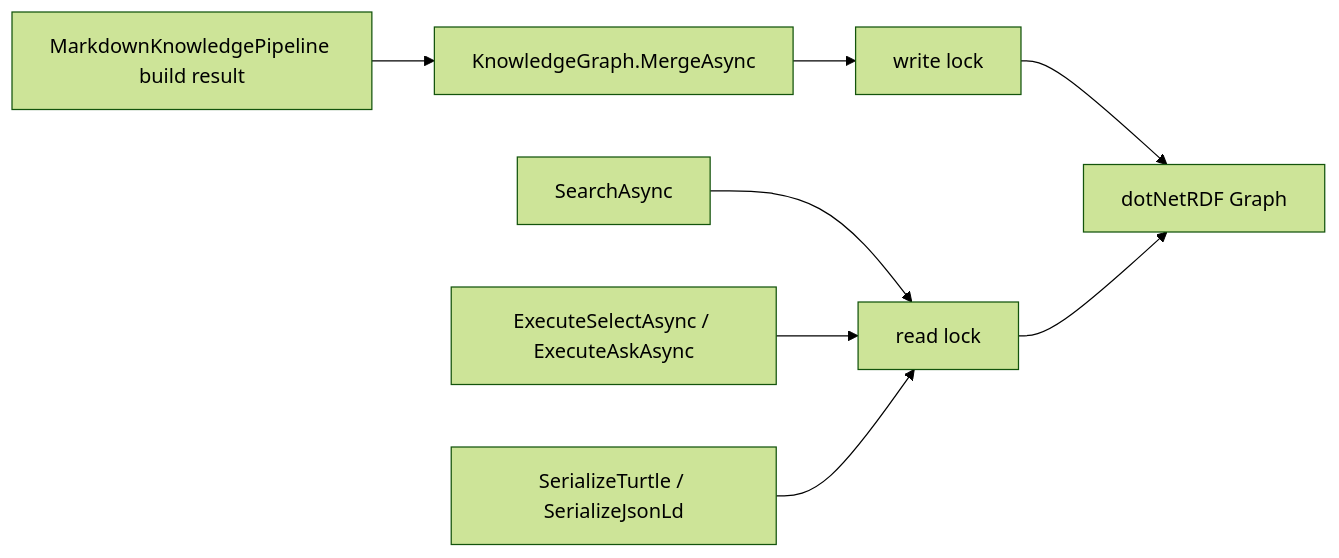
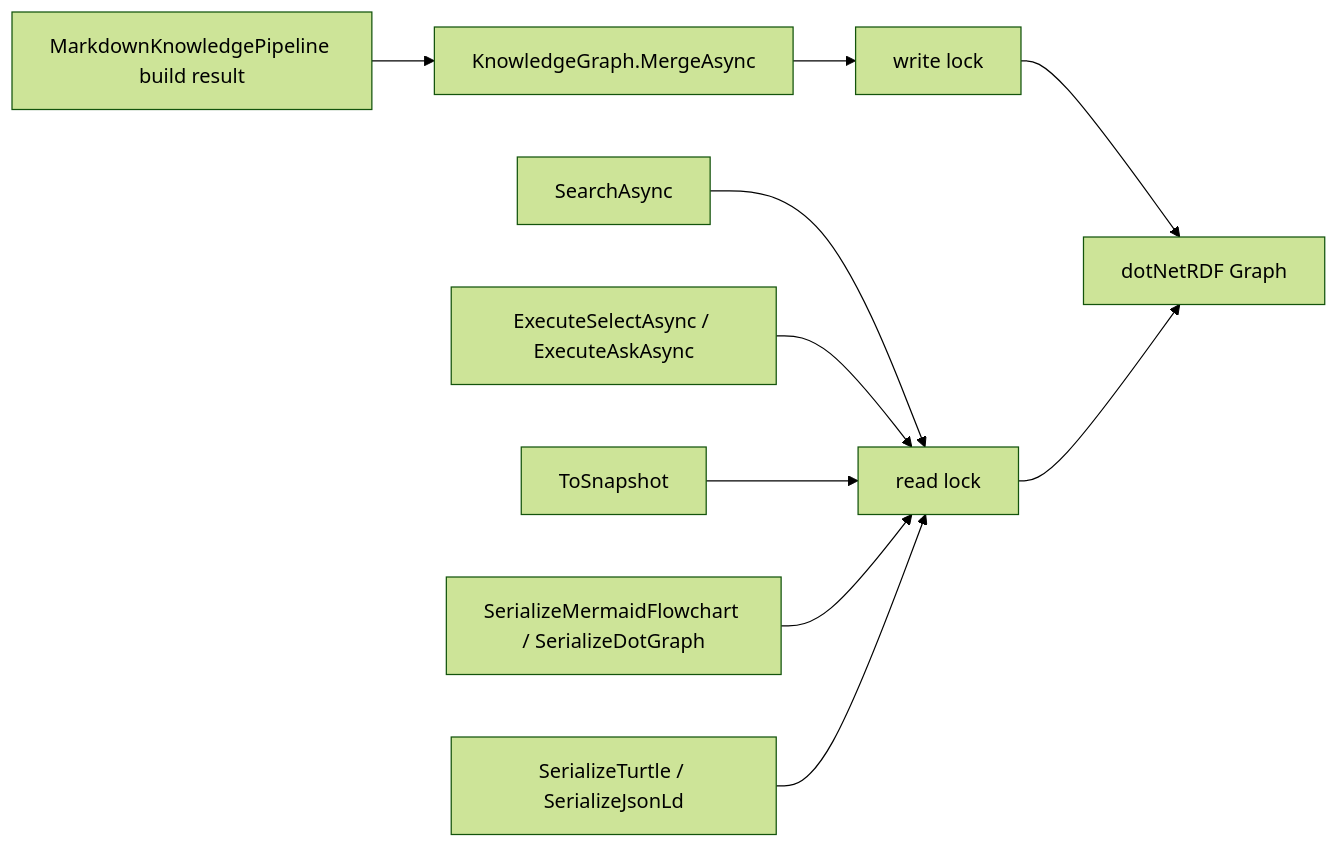
Before and after one commit to managedcode/markdown-ld-kb: the fourth of 4 diagrams in docs/Architecture.md, drawn with Mermaid (forest theme). The commit also changed 20 other files, not shown here.

````diff
--- a/docs/Architecture.md
+++ b/docs/Architecture.md
@@ -87,10 +87,12 @@
 ```mermaid
 flowchart LR
     BuiltGraph["MarkdownKnowledgePipeline build result"] --> Merge["KnowledgeGraph.MergeAsync"]
     Merge --> WriteLock["write lock"]
     Search["SearchAsync"] --> ReadLock["read lock"]
     Select["ExecuteSelectAsync / ExecuteAskAsync"] --> ReadLock
+    Snapshot["ToSnapshot"] --> ReadLock
+    Diagram["SerializeMermaidFlowchart / SerializeDotGraph"] --> ReadLock
     Serialize["SerializeTurtle / SerializeJsonLd"] --> ReadLock
     WriteLock --> DotNetRdf["dotNetRDF Graph"]
     ReadLock --> DotNetRdf
 ```
````
